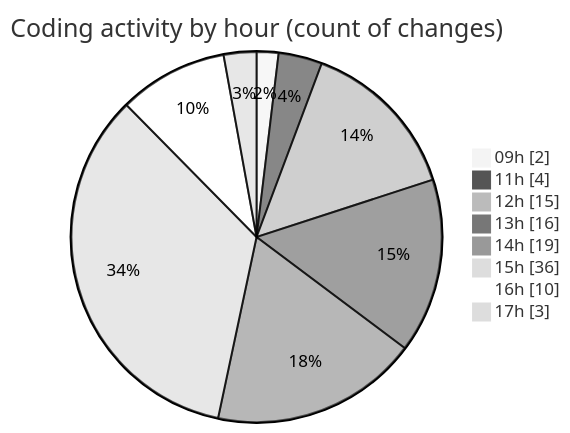
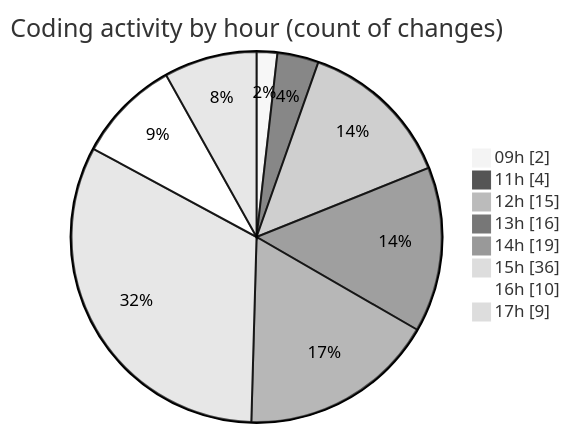
Before and after one commit to Elitesun/code-tracking: the second of 2 diagrams in 2025-04-30/niten/README.md, drawn with Mermaid (neutral theme). The commit also changed other lines of this file and 1 other file, not shown here.

````diff
--- a/2025-04-30/niten/README.md
+++ b/2025-04-30/niten/README.md
@@ -59,12 +63,12 @@
 ```mermaid
 pie showData
 title Coding activity by hour (count of changes)
 "09h" : 2
 "11h" : 4
 "12h" : 15
 "13h" : 16
 "14h" : 19
 "15h" : 36
 "16h" : 10
-"17h" : 3
+"17h" : 9
 ```
````
